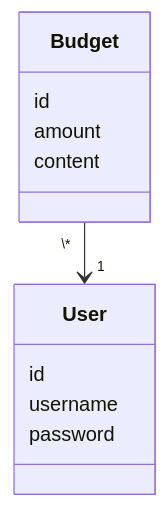
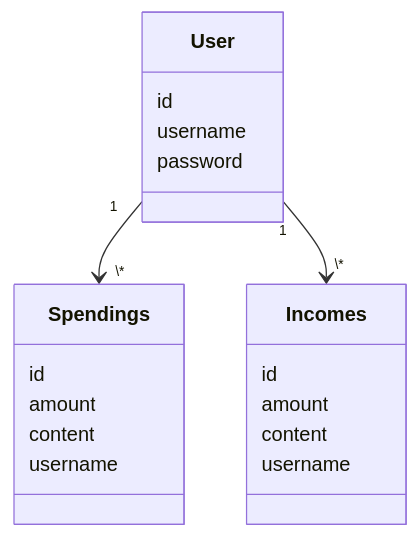
The diagram in budget-app/dokumentaatio/arkkitehtuuri.md (petrovaana/ot-harjoitustyo-uusi), drawn with Mermaid before and after one commit.

````diff
--- a/budget-app/dokumentaatio/arkkitehtuuri.md
+++ b/budget-app/dokumentaatio/arkkitehtuuri.md
@@ -22,17 +22,27 @@
 ```mermaid
 
 classDiagram
-    Budget "\*" --> "1" User
+    User "1" --> "\*" Spendings
+    User "1" --> "\*" Incomes
+    
         class User{
             id
             username
             password
         }
 
-        class Budget{
+        class Spendings{
             id
             amount
             content
+            username
+        }
+
+        class Incomes{
+            id
+            amount
+            content
+            username
         }
 
 ```
````
